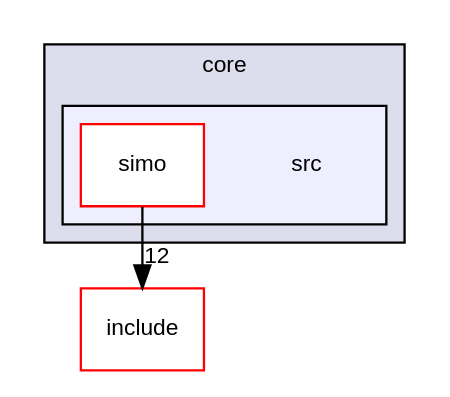
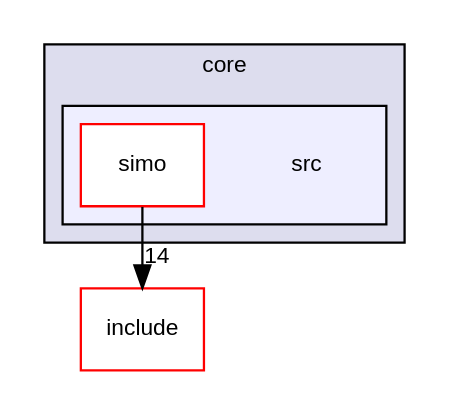
The diagram in docs/dir_90fd98a0ba30abf7a6068a44995d2d6b_dep.dot (Germanvelardez2018/simo.v2), drawn with Graphviz before and after one commit. The commit also changed 94 other files, not shown here.

```diff
--- a/docs/dir_90fd98a0ba30abf7a6068a44995d2d6b_dep.dot
+++ b/docs/dir_90fd98a0ba30abf7a6068a44995d2d6b_dep.dot
@@ -1,15 +1,15 @@
 digraph "core/src" {
   compound=true
   node [ fontsize="10", fontname="Helvetica"];
   edge [ labelfontsize="10", labelfontname="Helvetica"];
   subgraph clusterdir_4270bfced15e0e73154b13468c7c9ad9 {
     graph [ bgcolor="#ddddee", pencolor="black", label="core" fontname="Helvetica", fontsize="10", URL="dir_4270bfced15e0e73154b13468c7c9ad9.html"]
   subgraph clusterdir_90fd98a0ba30abf7a6068a44995d2d6b {
     graph [ bgcolor="#eeeeff", pencolor="black", label="" URL="dir_90fd98a0ba30abf7a6068a44995d2d6b.html"];
     dir_90fd98a0ba30abf7a6068a44995d2d6b [shape=plaintext label="src"];
     dir_c4acac0979fb7e09bcb67a660e699ac3 [shape=box label="simo" color="red" fillcolor="white" style="filled" URL="dir_c4acac0979fb7e09bcb67a660e699ac3.html"];
   }
   }
   dir_24d671cfcbc5d5238a6bd565a49d198f [shape=box label="include" fillcolor="white" style="filled" color="red" URL="dir_24d671cfcbc5d5238a6bd565a49d198f.html"];
-  dir_c4acac0979fb7e09bcb67a660e699ac3->dir_24d671cfcbc5d5238a6bd565a49d198f [headlabel="12", labeldistance=1.5 headhref="dir_000009_000001.html"];
+  dir_c4acac0979fb7e09bcb67a660e699ac3->dir_24d671cfcbc5d5238a6bd565a49d198f [headlabel="14", labeldistance=1.5 headhref="dir_000009_000001.html"];
 }
```
